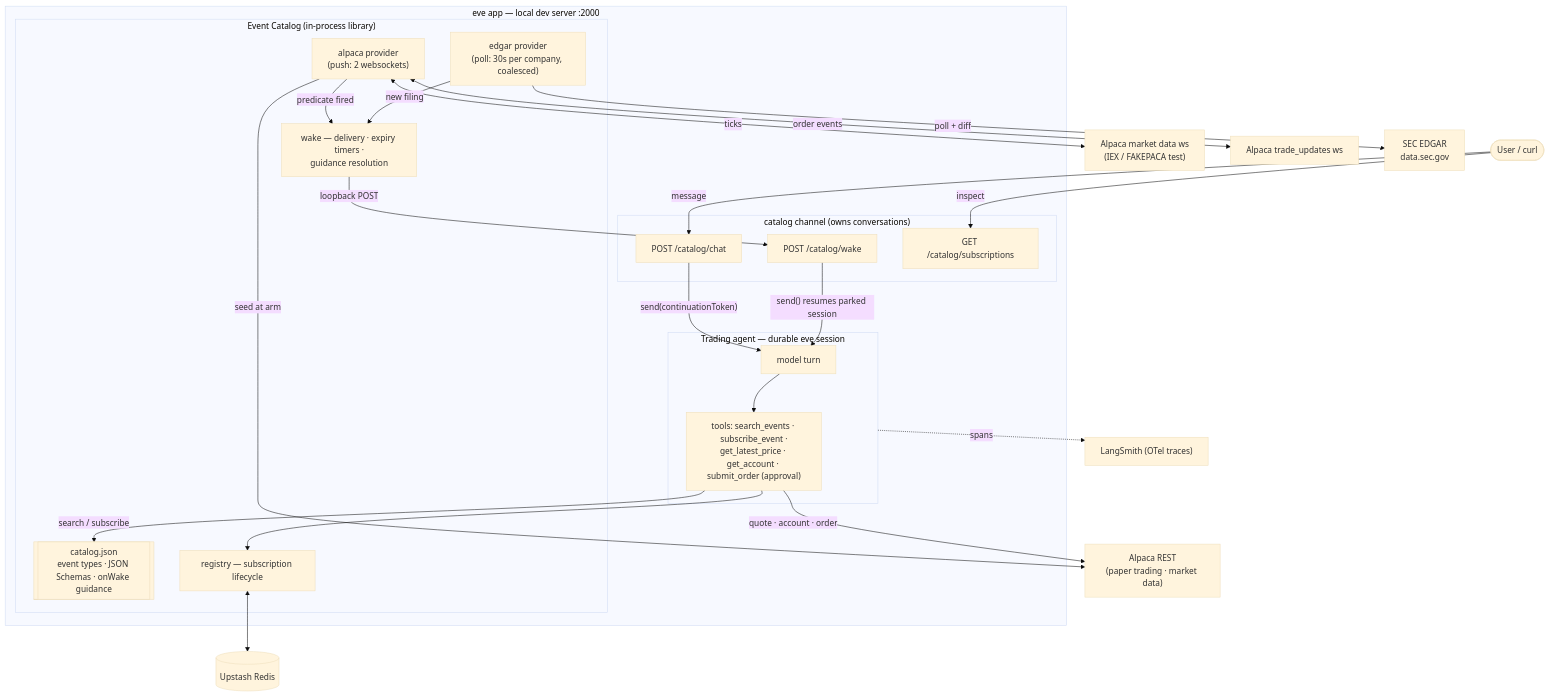
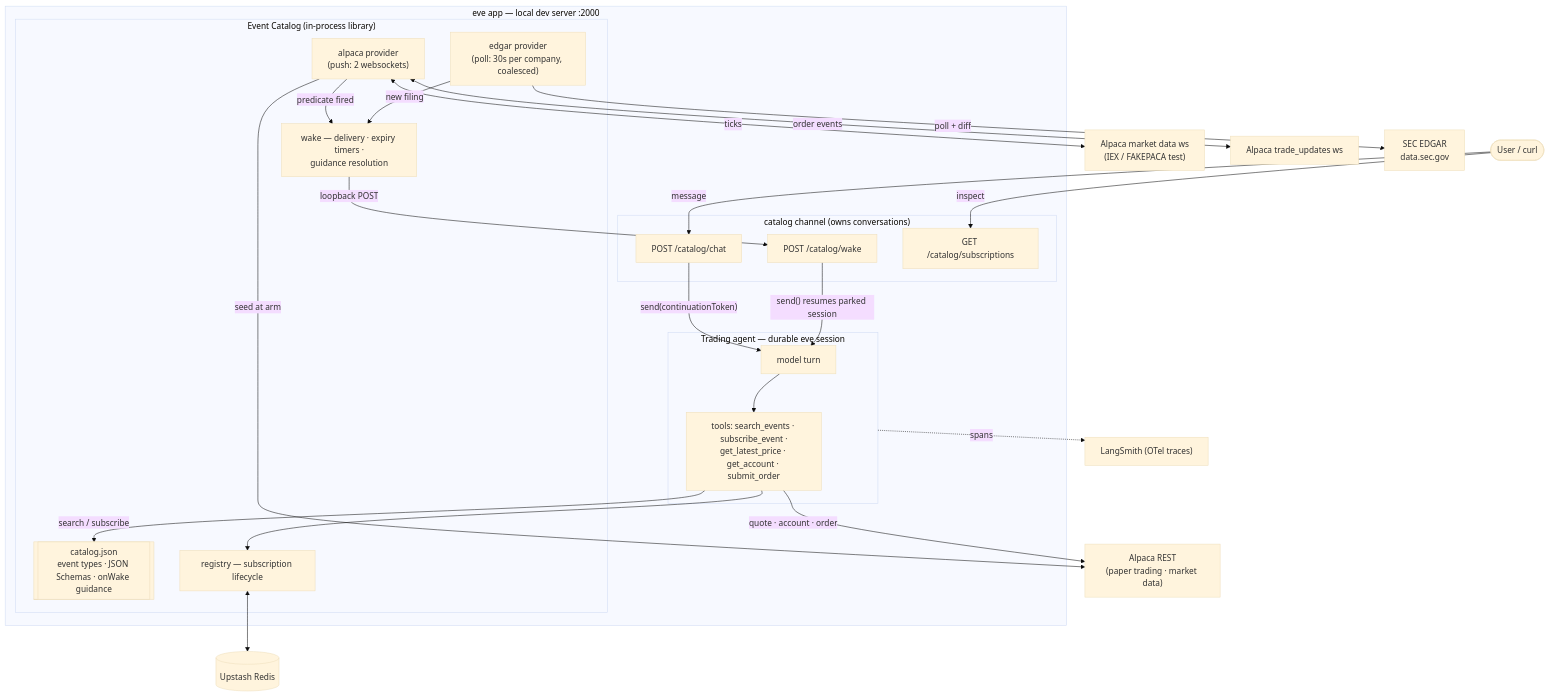
The second of 4 diagrams in README.md (pcomans/eve-event-catalog), drawn with Mermaid (base theme) before and after one commit. The commit also changed other lines of this file and 1 other file, not shown here.

Commit message:
Docs: full autonomy — retire approval flow from README + acceptance tests; precise tagline (events call back, catalog is discovery)

````diff
--- a/README.md
+++ b/README.md
@@ -55,50 +56,50 @@
 ```mermaid
 flowchart TB
     User(["User / curl"])
 
     subgraph app["eve app — local dev server :2000"]
         subgraph channel["catalog channel (owns conversations)"]
             CHAT["POST /catalog/chat"]
             WAKE["POST /catalog/wake"]
             SUBS["GET /catalog/subscriptions"]
         end
 
         subgraph agent["Trading agent — durable eve session"]
             LLM["model turn"]
-            TOOLS["tools: search_events · subscribe_event ·<br/>get_latest_price · get_account · submit_order (approval)"]
+            TOOLS["tools: search_events · subscribe_event ·<br/>get_latest_price · get_account · submit_order"]
         end
 
         subgraph catalog["Event Catalog (in-process library)"]
             CJ[["catalog.json<br/>event types · JSON Schemas · onWake guidance"]]
             REG["registry — subscription lifecycle"]
             WK["wake — delivery · expiry timers ·<br/>guidance resolution"]
             ALP["alpaca provider<br/>(push: 2 websockets)"]
             EDG["edgar provider<br/>(poll: 30s per company, coalesced)"]
         end
     end
 
     REDIS[("Upstash Redis")]
     MDATA["Alpaca market data ws<br/>(IEX / FAKEPACA test)"]
     TUPD["Alpaca trade_updates ws"]
     AREST["Alpaca REST<br/>(paper trading · market data)"]
     SEC["SEC EDGAR<br/>data.sec.gov"]
     LS["LangSmith (OTel traces)"]
 
     User -->|"message"| CHAT
     CHAT -->|"send(continuationToken)"| LLM
     LLM --> TOOLS
     TOOLS -->|"search / subscribe"| CJ
     TOOLS --> REG
     TOOLS -->|"quote · account · order"| AREST
     REG <--> REDIS
     ALP <-->|ticks| MDATA
     ALP <-->|"order events"| TUPD
     ALP -->|"seed at arm"| AREST
     EDG -->|"poll + diff"| SEC
     ALP -->|"predicate fired"| WK
     EDG -->|"new filing"| WK
     WK -->|"loopback POST"| WAKE
     WAKE -->|"send() resumes parked session"| LLM
     agent -.->|"spans"| LS
     User -->|"inspect"| SUBS
 ```
````
